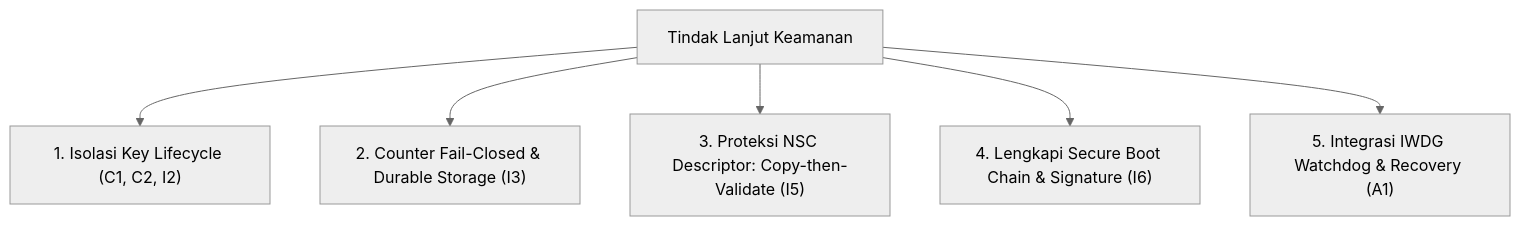
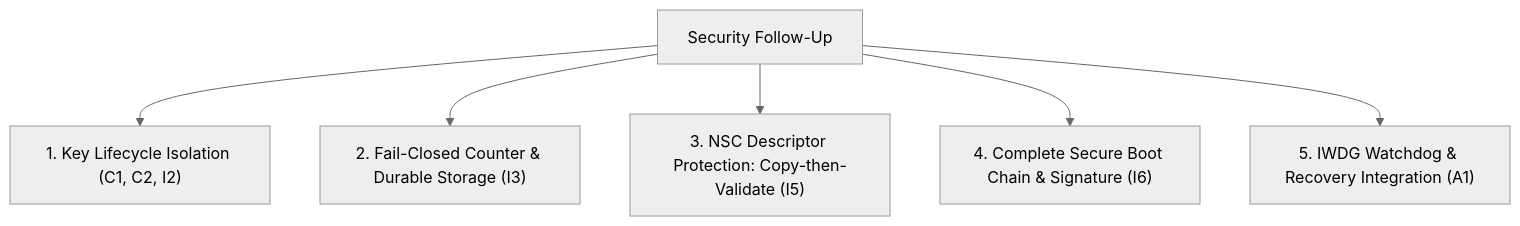
Before and after one commit to harrynurisnandar1-oss/STM32U585VIT6_SM: the diagram in SECURITY_REVIEW.md, drawn with Mermaid (neutral theme). The commit also changed other lines of this file and 9 other files, not shown here.

````diff
--- a/SECURITY_REVIEW.md
+++ b/SECURITY_REVIEW.md
@@ -135,8 +135,8 @@
 ```mermaid
 flowchart TD
-    A["Tindak Lanjut Keamanan"] --> B["1. Isolasi Key Lifecycle (C1, C2, I2)"]
-    A --> C["2. Counter Fail-Closed & Durable Storage (I3)"]
-    A --> D["3. Proteksi NSC Descriptor: Copy-then-Validate (I5)"]
-    A --> E["4. Lengkapi Secure Boot Chain & Signature (I6)"]
-    A --> F["5. Integrasi IWDG Watchdog & Recovery (A1)"]
+    A["Security Follow-Up"] --> B["1. Key Lifecycle Isolation (C1, C2, I2)"]
+    A --> C["2. Fail-Closed Counter & Durable Storage (I3)"]
+    A --> D["3. NSC Descriptor Protection: Copy-then-Validate (I5)"]
+    A --> E["4. Complete Secure Boot Chain & Signature (I6)"]
+    A --> F["5. IWDG Watchdog & Recovery Integration (A1)"]
 ```
````
